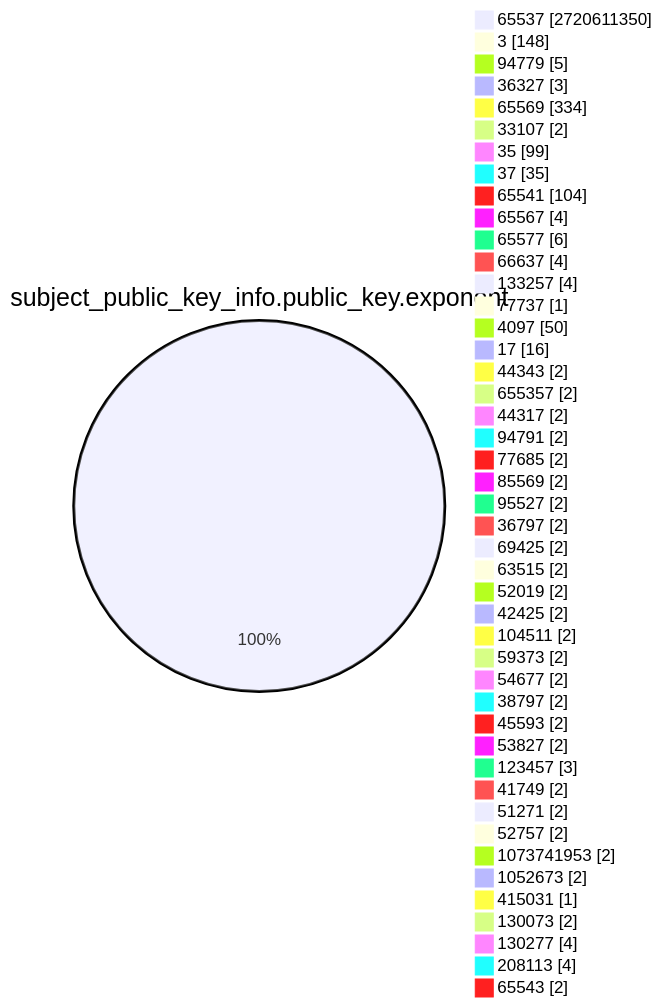
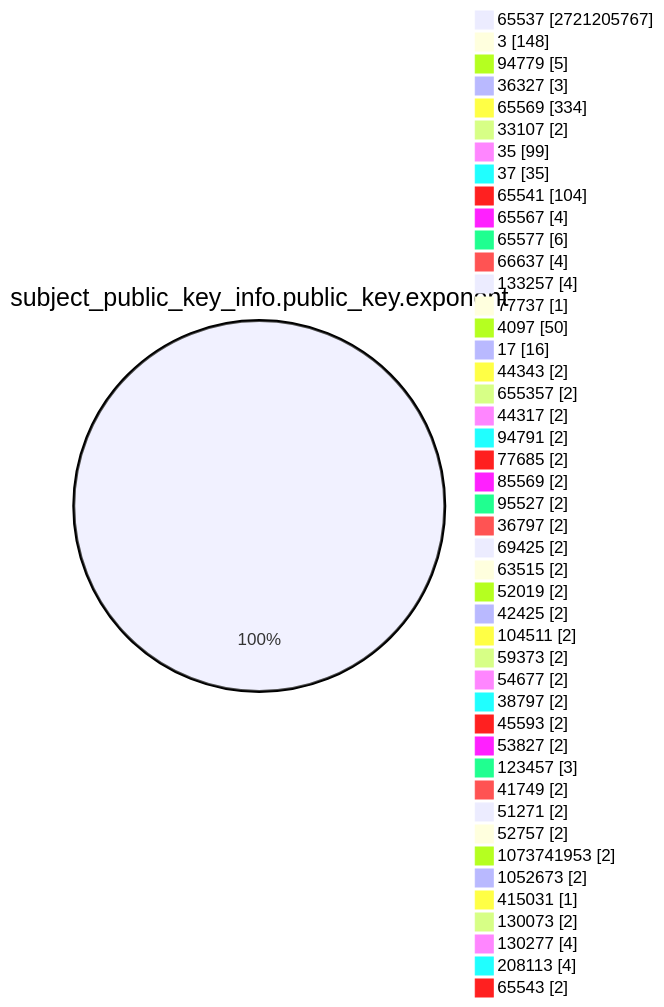
The fourth of 15 diagrams in TOTAL/README.md (christiankrug/ctmonitor_visualization), drawn with Mermaid before and after one commit. The commit also changed other lines of this file, not shown here.

````diff
--- a/TOTAL/README.md
+++ b/TOTAL/README.md
@@ -1467,49 +1467,49 @@
 ```mermaid
 pie showData
 title subject_public_key_info.public_key.exponent
-"65537" :2720611350
+"65537" :2721205767
 "3" :148
 "94779" :5
 "36327" :3
 "65569" :334
 "33107" :2
 "35" :99
 "37" :35
 "65541" :104
 "65567" :4
 "65577" :6
 "66637" :4
 "133257" :4
 "77737" :1
 "4097" :50
 "17" :16
 "44343" :2
 "655357" :2
 "44317" :2
 "94791" :2
 "77685" :2
 "85569" :2
 "95527" :2
 "36797" :2
 "69425" :2
 "63515" :2
 "52019" :2
 "42425" :2
 "104511" :2
 "59373" :2
 "54677" :2
 "38797" :2
 "45593" :2
 "53827" :2
 "123457" :3
 "41749" :2
 "51271" :2
 "52757" :2
 "1073741953" :2
 "1052673" :2
 "415031" :1
 "130073" :2
 "130277" :4
 "208113" :4
 "65543" :2
 ```
````
